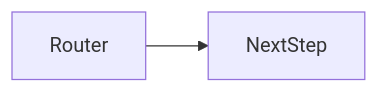
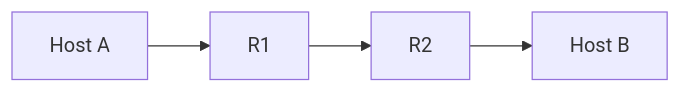
Before and after one commit to OmidJavaherii/Frontend-Engineering-Handbook: the second of 2 diagrams in docs/en/02-internet/router/index.md, drawn with Mermaid. The commit also changed other lines of this file and 461 other files, not shown here.

````diff
--- a/docs/en/02-internet/router/index.md
+++ b/docs/en/02-internet/router/index.md
@@ -94,4 +104,4 @@
 ```mermaid
 flowchart LR
-  concept[Router] --> nextStep[NextStep]
+  H1[Host A] --> R1 --> R2 --> H2[Host B]
 ```
````
